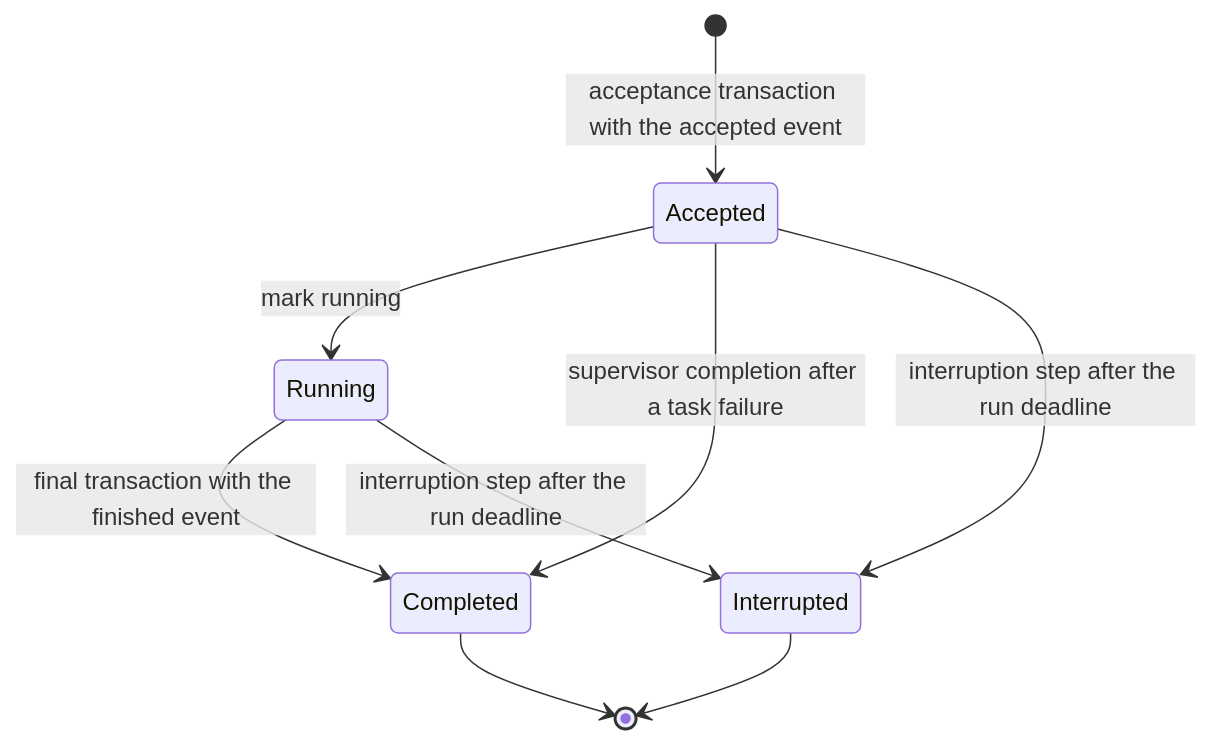
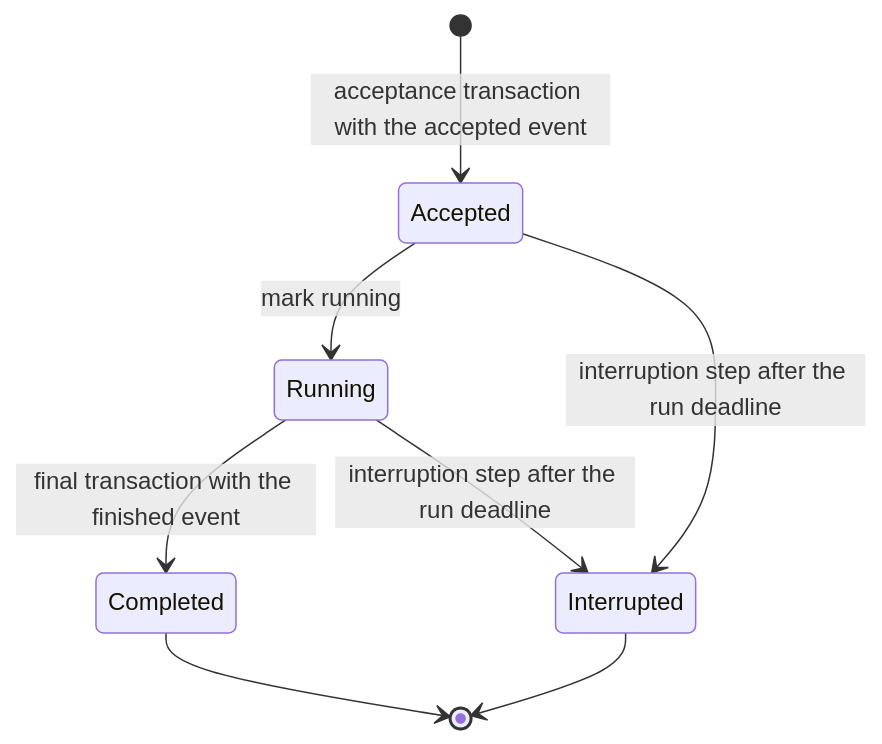
One commit to constructorfabric/gears-rust changed the second of 7 diagrams in gears/system/application-manager/docs/DESIGN.md. Above: the diagram before and after it, drawn with Mermaid. The commit also changed other lines of this file and 8 other files, not shown here.

````diff
--- a/gears/system/application-manager/docs/DESIGN.md
+++ b/gears/system/application-manager/docs/DESIGN.md
@@ -294,11 +298,10 @@
 ```mermaid
 stateDiagram-v2
     [*] --> Accepted: acceptance transaction with the accepted event
     Accepted --> Running: mark running
     Running --> Completed: final transaction with the finished event
-    Accepted --> Completed: supervisor completion after a task failure
     Accepted --> Interrupted: interruption step after the run deadline
     Running --> Interrupted: interruption step after the run deadline
     Completed --> [*]
     Interrupted --> [*]
 ```
````
